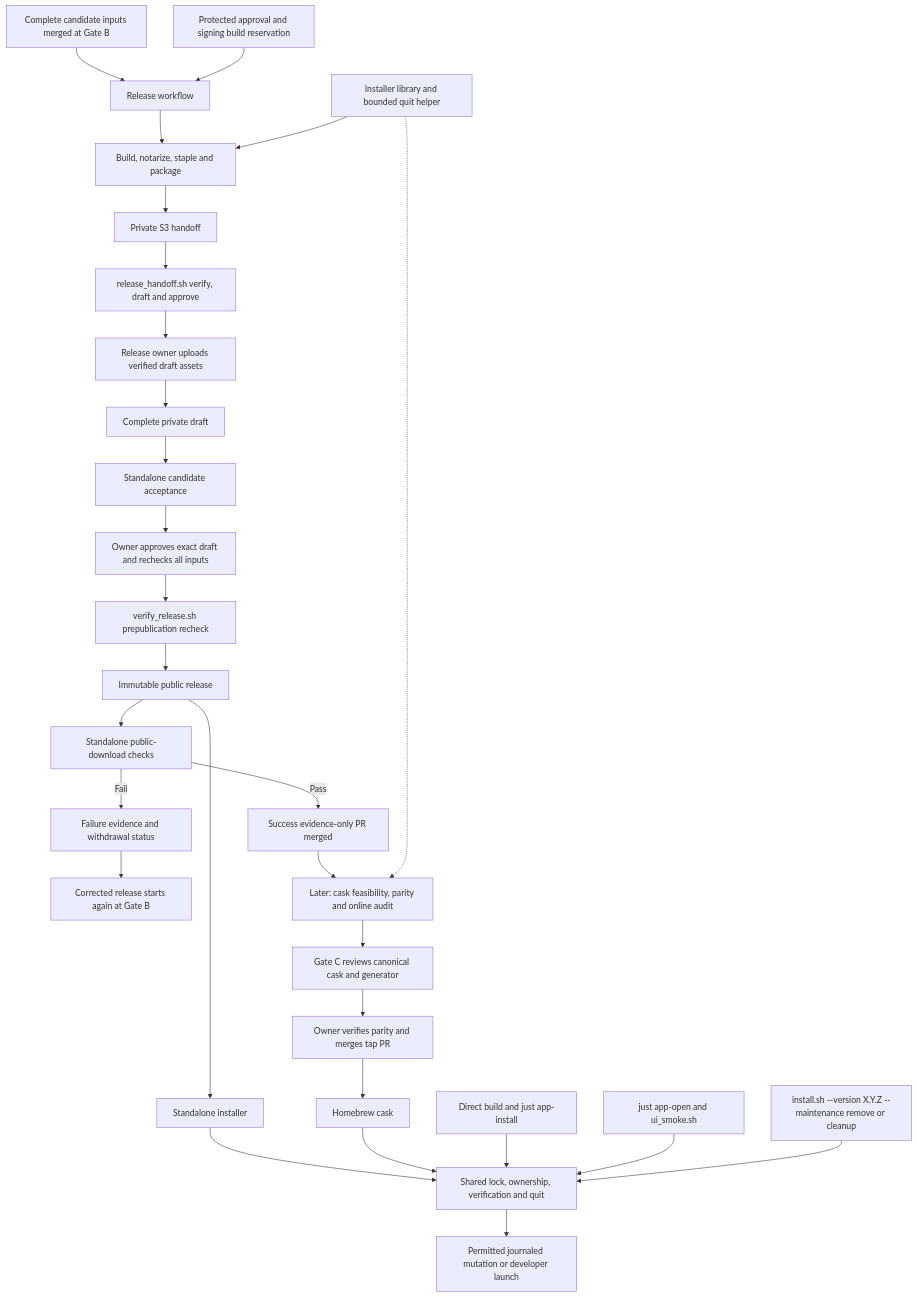
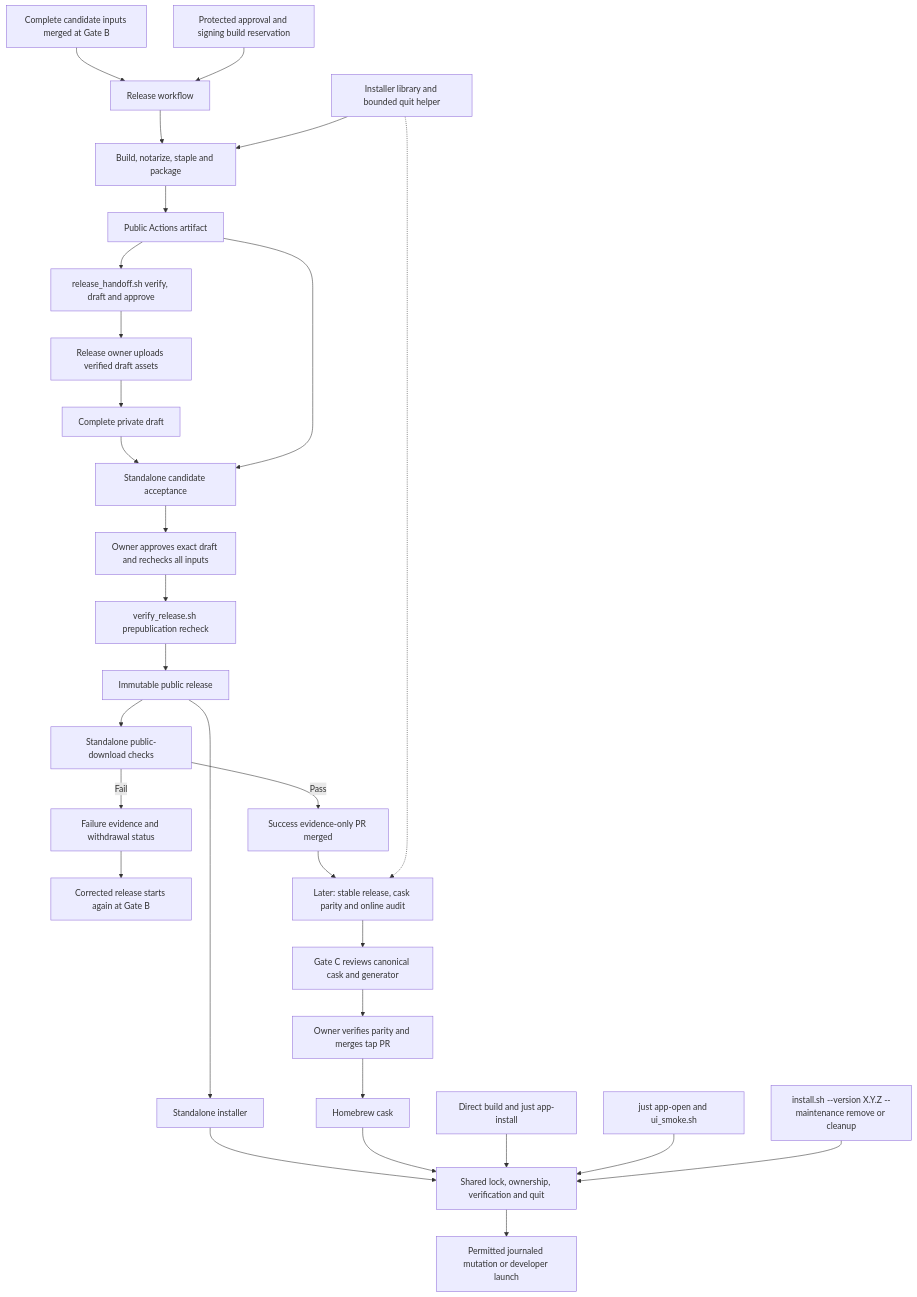
The first of 2 diagrams in docs/plans/20261117-feature-app-distribution.md (pipecat-ai/pipecat-service-toolbar), drawn with Mermaid before and after one commit. The commit also changed other lines of this file, not shown here.

````diff
--- a/docs/plans/20261117-feature-app-distribution.md
+++ b/docs/plans/20261117-feature-app-distribution.md
@@ -959,31 +953,32 @@
 ```mermaid
 graph TD
     Commit["Complete candidate inputs merged at Gate B"] --> Workflow["Release workflow"]
     Approval["Protected approval and signing build reservation"] --> Workflow
     Workflow --> Package["Build, notarize, staple and package"]
     Helpers["Installer library and bounded quit helper"] --> Package
-    Package --> Store["Private S3 handoff"]
+    Package --> Store["Public Actions artifact"]
     Store --> HandoffTool["release_handoff.sh verify, draft and approve"]
     HandoffTool --> DraftOwner["Release owner uploads verified draft assets"]
     DraftOwner --> Draft["Complete private draft"]
     Draft --> Candidate["Standalone candidate acceptance"]
+    Store --> Candidate
     Candidate --> Owner["Owner approves exact draft and rechecks all inputs"]
     Owner --> Verify["verify_release.sh prepublication recheck"]
     Verify --> Release["Immutable public release"]
     Release --> CLI["Standalone installer"]
     Release --> Public["Standalone public-download checks"]
     Public -->|Pass| EvidencePR["Success evidence-only PR merged"]
     Public -->|Fail| FailureRecord["Failure evidence and withdrawal status"]
     FailureRecord --> Correction["Corrected release starts again at Gate B"]
-    EvidencePR --> BrewCheck["Later: cask feasibility, parity and online audit"]
+    EvidencePR --> BrewCheck["Later: stable release, cask parity and online audit"]
     Helpers -.-> BrewCheck
     BrewCheck --> GateC["Gate C reviews canonical cask and generator"]
     GateC --> Tap["Owner verifies parity and merges tap PR"]
     Tap --> Cask["Homebrew cask"]
     CLI --> Guard["Shared lock, ownership, verification and quit"]
     Cask --> Guard
     Dev["Direct build and just app-install"] --> Guard
     Open["just app-open and ui_smoke.sh"] --> Guard
     Maint["install.sh --version X.Y.Z --maintenance remove or cleanup"] --> Guard
     Guard --> Install["Permitted journaled mutation or developer launch"]
 ```
````
